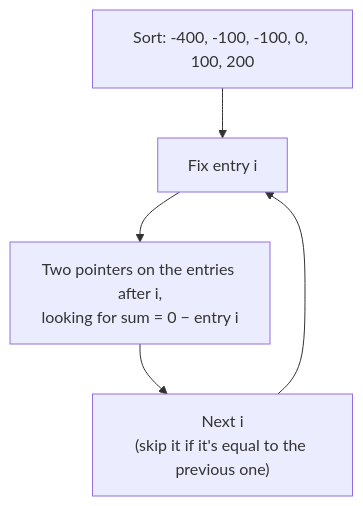
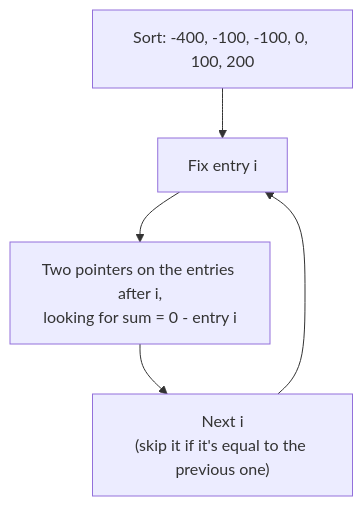
The seventh of 11 diagrams in lessons/01-two-sum/README.md (callasalvatore/csharp-algorithms), drawn with Mermaid before and after one commit. The commit also changed other lines of this file and 4 other files, not shown here.

````diff
--- a/lessons/01-two-sum/README.md
+++ b/lessons/01-two-sum/README.md
@@ -256,7 +226,7 @@
 ```mermaid
 flowchart TB
     A["Sort: -400, -100, -100, 0, 100, 200"] --> B["Fix entry i"]
-    B --> C["Two pointers on the entries after i,<br/>looking for sum = 0 − entry i"]
+    B --> C["Two pointers on the entries after i,<br/>looking for sum = 0 - entry i"]
     C --> D["Next i<br/>(skip it if it's equal to the previous one)"]
     D --> B
 ```
````
